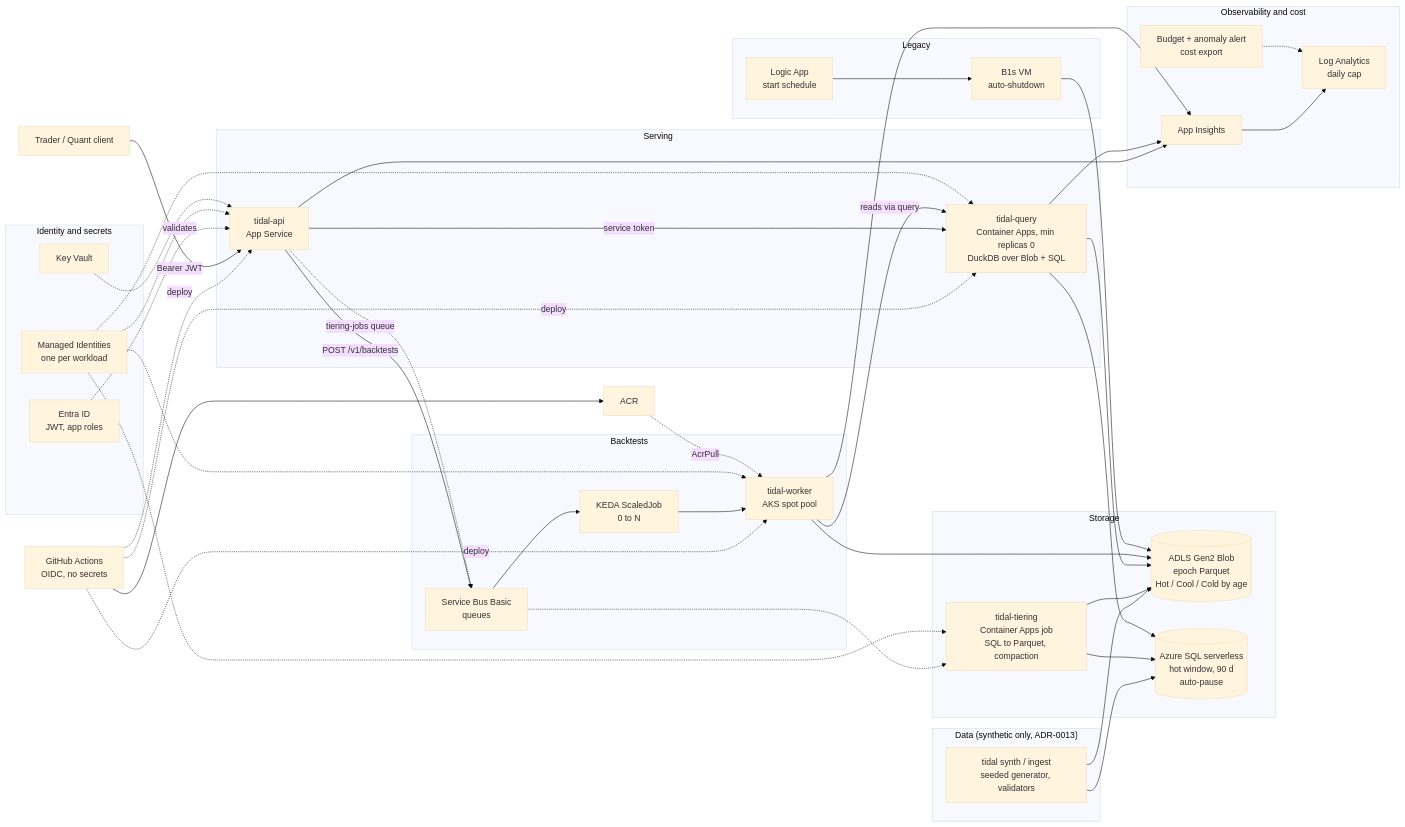
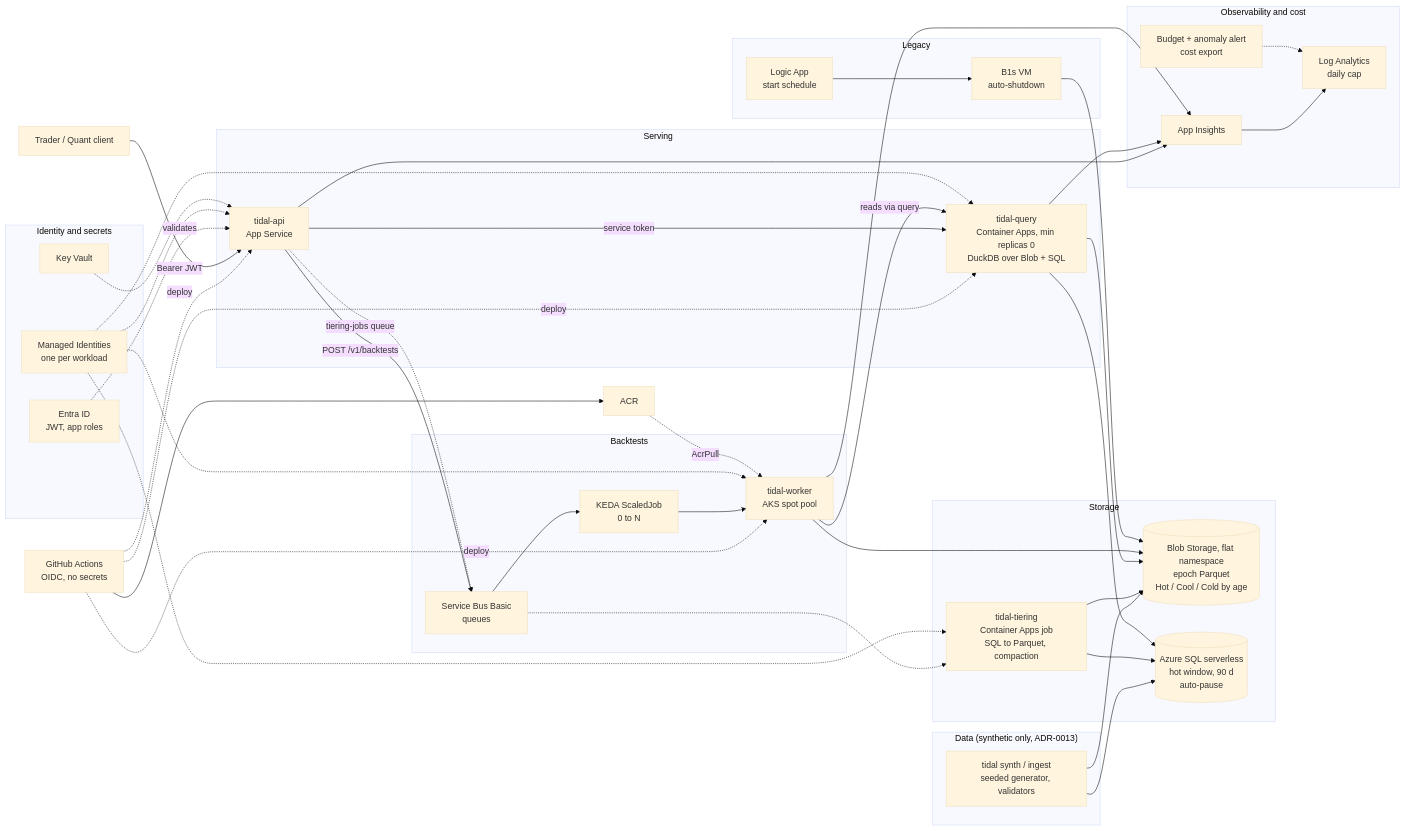
One commit to muguclu/tidal changed the diagram in README.md. Above: the diagram before and after it, drawn with Mermaid (base theme). The commit also changed other lines of this file and 1 other file, not shown here.

Commit message:
docs: address T-601 review (admin routes, flat-namespace Blob, sources)

````diff
--- a/README.md
+++ b/README.md
@@ -73,78 +73,78 @@
 ```mermaid
 flowchart LR
   subgraph SRC["Data (synthetic only, ADR-0013)"]
     GEN["tidal synth / ingest<br/>seeded generator, validators"]
   end
 
   subgraph STORE["Storage"]
-    BLOB[("ADLS Gen2 Blob<br/>epoch Parquet<br/>Hot / Cool / Cold by age")]
+    BLOB[("Blob Storage, flat namespace<br/>epoch Parquet<br/>Hot / Cool / Cold by age")]
     SQL[("Azure SQL serverless<br/>hot window, 90 d<br/>auto-pause")]
     TIER["tidal-tiering<br/>Container Apps job<br/>SQL to Parquet, compaction"]
   end
 
   subgraph SERVE["Serving"]
     API["tidal-api<br/>App Service"]
     QRY["tidal-query<br/>Container Apps, min replicas 0<br/>DuckDB over Blob + SQL"]
   end
 
   subgraph BT["Backtests"]
     SB["Service Bus Basic<br/>queues"]
     KEDA["KEDA ScaledJob<br/>0 to N"]
     WRK["tidal-worker<br/>AKS spot pool"]
   end
 
   subgraph LEG["Legacy"]
     LA["Logic App<br/>start schedule"]
     VM["B1s VM<br/>auto-shutdown"]
   end
 
   subgraph SEC["Identity and secrets"]
     ENTRA["Entra ID<br/>JWT, app roles"]
     MI["Managed Identities<br/>one per workload"]
     KV["Key Vault"]
   end
 
   subgraph OBS["Observability and cost"]
     AI["App Insights"]
     LAW["Log Analytics<br/>daily cap"]
     COST["Budget + anomaly alert<br/>cost export"]
   end
 
   GH["GitHub Actions<br/>OIDC, no secrets"] --> ACR["ACR"]
   GH -. deploy .-> API
   GH -. deploy .-> QRY
   GH -. deploy .-> WRK
 
   GEN --> BLOB
   GEN --> SQL
   TIER --> SQL
   TIER --> BLOB
 
   USER["Trader / Quant client"] -->|"Bearer JWT"| API
   ENTRA -.->|validates| API
   API -->|"service token"| QRY
   QRY --> SQL
   QRY --> BLOB
   API -->|"POST /v1/backtests"| SB
   SB --> KEDA --> WRK
   WRK -->|"reads via query"| QRY
   WRK --> BLOB
   API -.->|"tiering-jobs queue"| SB
   SB -.-> TIER
 
   LA --> VM
   VM --> BLOB
 
   MI -.-> API
   MI -.-> QRY
   MI -.-> WRK
   MI -.-> TIER
   KV -.-> API
 
   API --> AI
   QRY --> AI
   WRK --> AI
   AI --> LAW
   COST -.-> LAW
   ACR -.->|"AcrPull"| WRK
 ```
````
